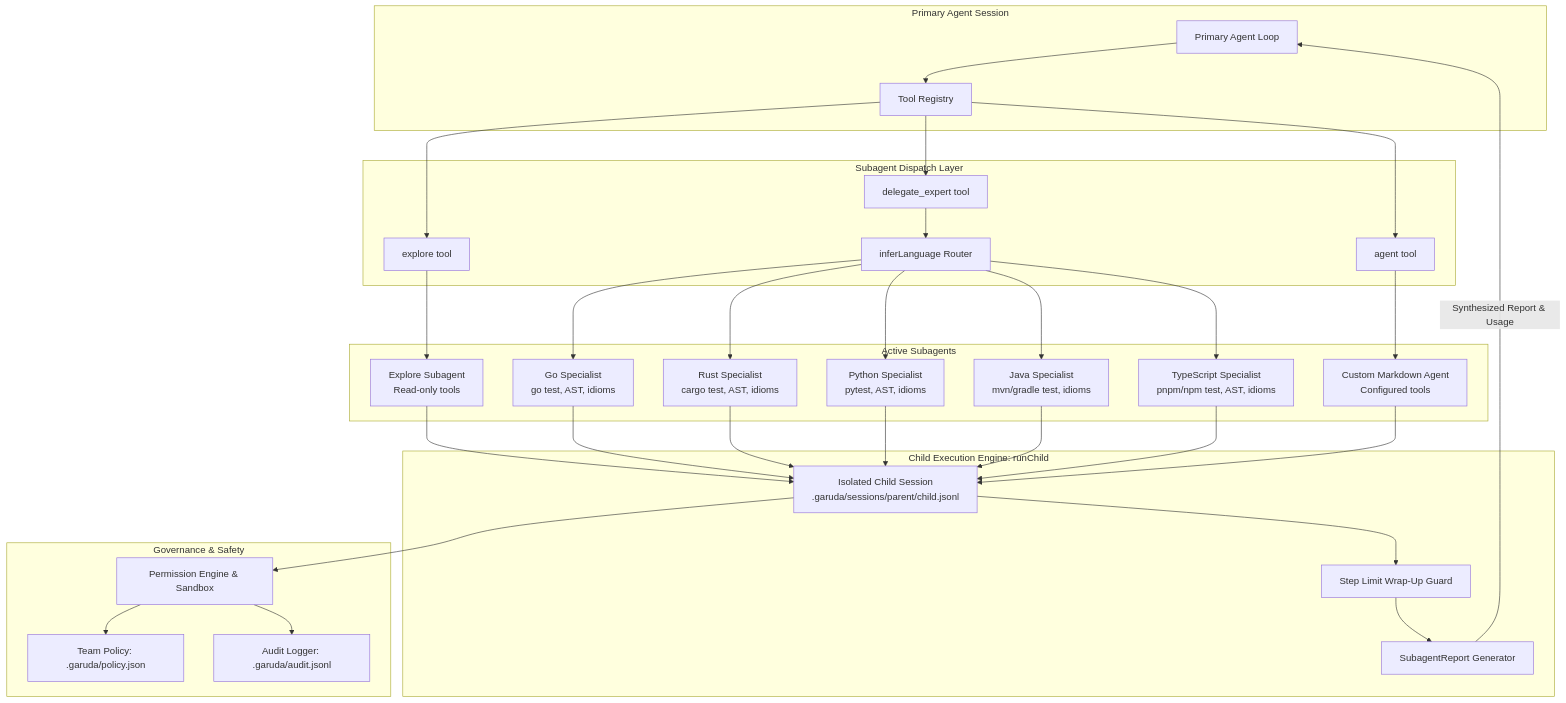
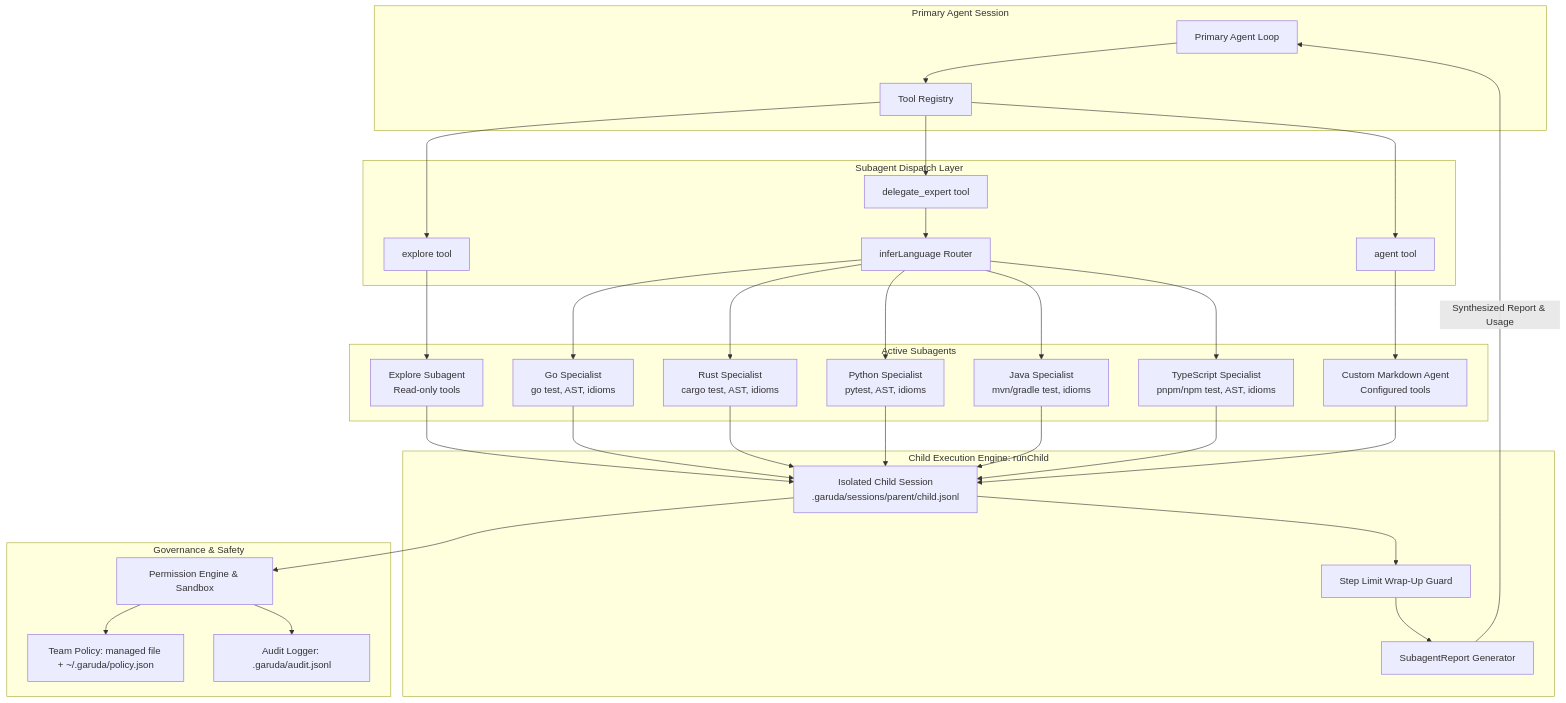
One commit to madhu-sv/garuda changed the first of 5 diagrams in docs/lld/agents.md. Above: the diagram before and after it, drawn with Mermaid. The commit also changed other lines of this file and 17 other files, not shown here.

````diff
--- a/docs/lld/agents.md
+++ b/docs/lld/agents.md
@@ -15,55 +15,55 @@
 ```mermaid
 flowchart TD
   subgraph Main[Primary Agent Session]
     Orchestrator[Primary Agent Loop]
     MainTools[Tool Registry]
   end
 
   subgraph Dispatch[Subagent Dispatch Layer]
     ExTool[explore tool]
     MoeTool[delegate_expert tool]
     CustomTool[agent tool]
     Router[inferLanguage Router]
   end
 
   subgraph Engine[Child Execution Engine: runChild]
     ChildSession[Isolated Child Session<br/>.garuda/sessions/parent/child.jsonl]
     WrapUp[Step Limit Wrap-Up Guard]
     ReportGen[SubagentReport Generator]
   end
 
   subgraph SpecialistTargets[Active Subagents]
     ExploreAgent[Explore Subagent<br/>Read-only tools]
     MoeGo[Go Specialist<br/>go test, AST, idioms]
     MoeRust[Rust Specialist<br/>cargo test, AST, idioms]
     MoePython[Python Specialist<br/>pytest, AST, idioms]
     MoeJava[Java Specialist<br/>mvn/gradle test, idioms]
     MoeTS[TypeScript Specialist<br/>pnpm/npm test, AST, idioms]
     CustomAgent[Custom Markdown Agent<br/>Configured tools]
   end
 
   subgraph Governance[Governance & Safety]
-    Policy[Team Policy: .garuda/policy.json]
+    Policy[Team Policy: managed file + ~/.garuda/policy.json]
     Perms[Permission Engine & Sandbox]
     Audit[Audit Logger: .garuda/audit.jsonl]
   end
 
   Orchestrator --> MainTools
   MainTools --> ExTool
   MainTools --> MoeTool
   MainTools --> CustomTool
 
   MoeTool --> Router
   Router --> MoeGo & MoeRust & MoePython & MoeJava & MoeTS
 
   ExTool --> ExploreAgent
   CustomTool --> CustomAgent
 
   ExploreAgent & MoeGo & MoeRust & MoePython & MoeJava & MoeTS & CustomAgent --> ChildSession
   ChildSession --> Perms
   Perms --> Policy
   Perms --> Audit
   ChildSession --> WrapUp
   WrapUp --> ReportGen
   ReportGen -->|Synthesized Report & Usage| Orchestrator
 ```
````
